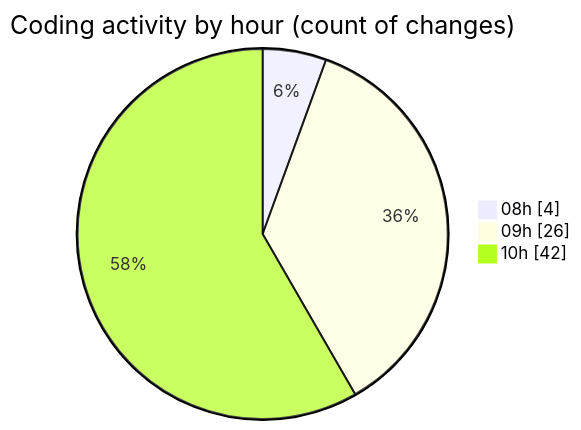
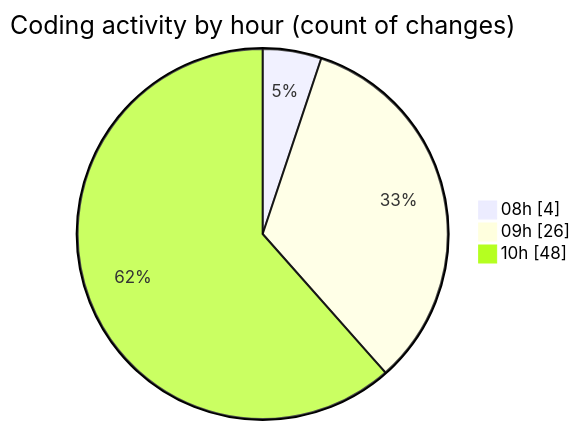
The second of 2 diagrams in 2026-02-19/bot_v1_2/README.md (becaeroporto-bot/code-tracking), drawn with Mermaid before and after one commit. The commit also changed other lines of this file and 1 other file, not shown here.

````diff
--- a/2026-02-19/bot_v1_2/README.md
+++ b/2026-02-19/bot_v1_2/README.md
@@ -35,7 +35,7 @@
 ```mermaid
 pie showData
 title Coding activity by hour (count of changes)
 "08h" : 4
 "09h" : 26
-"10h" : 42
+"10h" : 48
 ```
````
